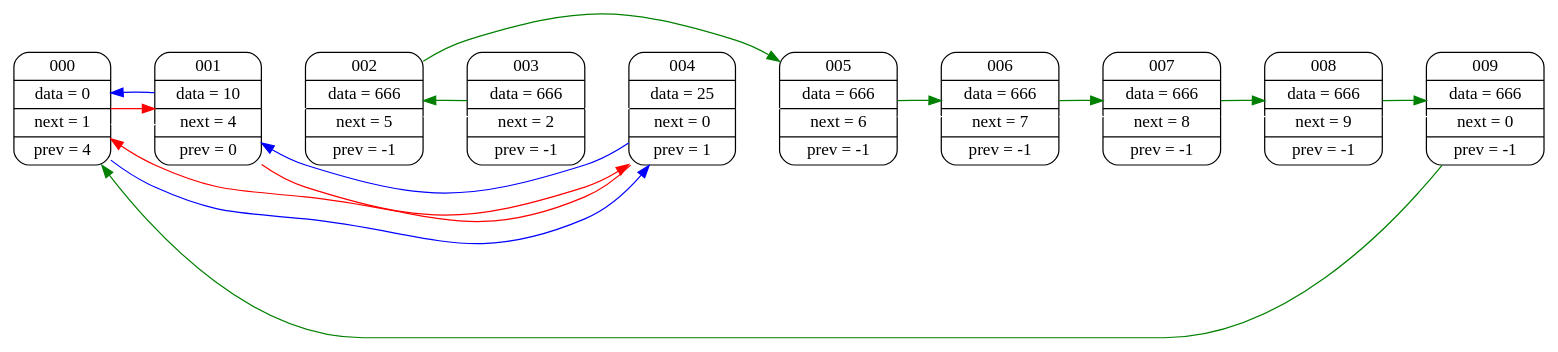
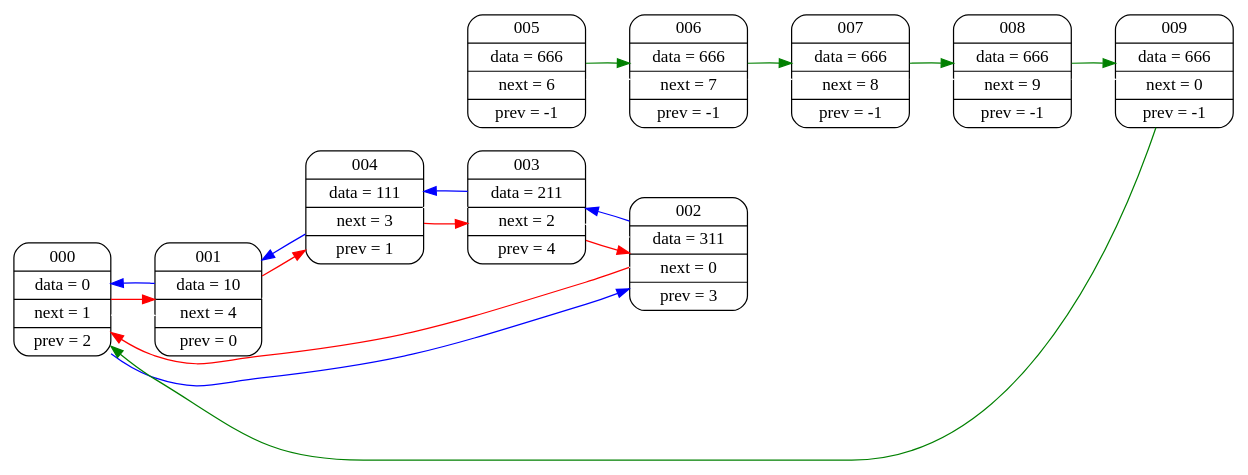
The diagram in graphviz/dump.dot (daniilgriga/List), drawn with Graphviz before and after one commit. The commit also changed 7 other files, not shown here.

```diff
--- a/graphviz/dump.dot
+++ b/graphviz/dump.dot
@@ -1,47 +1,49 @@
 digraph
 {
 rankdir = "LR";
-node000 [shape=Mrecord; label = "  000 | data =   0 | next =   1 | prev =   4  "];
+node000 [shape=Mrecord; label = "  000 | data =   0 | next =   1 | prev =   2  "];
 node001 [shape=Mrecord; label = "  001 | data =  10 | next =   4 | prev =   0  "];
-node002 [shape=Mrecord; label = "  002 | data = 666 | next =   5 | prev =  -1  "];
-node003 [shape=Mrecord; label = "  003 | data = 666 | next =   2 | prev =  -1  "];
-node004 [shape=Mrecord; label = "  004 | data =  25 | next =   0 | prev =   1  "];
+node002 [shape=Mrecord; label = "  002 | data = 311 | next =   0 | prev =   3  "];
+node003 [shape=Mrecord; label = "  003 | data = 211 | next =   2 | prev =   4  "];
+node004 [shape=Mrecord; label = "  004 | data = 111 | next =   3 | prev =   1  "];
 node005 [shape=Mrecord; label = "  005 | data = 666 | next =   6 | prev =  -1  "];
 node006 [shape=Mrecord; label = "  006 | data = 666 | next =   7 | prev =  -1  "];
 node007 [shape=Mrecord; label = "  007 | data = 666 | next =   8 | prev =  -1  "];
 node008 [shape=Mrecord; label = "  008 | data = 666 | next =   9 | prev =  -1  "];
 node009 [shape=Mrecord; label = "  009 | data = 666 | next =   0 | prev =  -1  "];
 
 node000 -> node001 [ weight=1000; color=white; ];
 node001 -> node002 [ weight=1000; color=white; ];
 node002 -> node003 [ weight=1000; color=white; ];
 node003 -> node004 [ weight=1000; color=white; ];
 node004 -> node005 [ weight=1000; color=white; ];
 node005 -> node006 [ weight=1000; color=white; ];
 node006 -> node007 [ weight=1000; color=white; ];
 node007 -> node008 [ weight=1000; color=white; ];
 node008 -> node009 [ weight=1000; color=white; ];
 node000 -> node001 [ color=red; ]
 
-node000 -> node004 [ color=blue; ]
+node000 -> node002 [ color=blue; ]
 node001 -> node004 [ color=red; ]
 
 node001 -> node000 [ color=blue; ]
-node002 -> node005 [ color=green; ]
+node002 -> node000 [ color=red; ]
 
-node003 -> node002 [ color=green; ]
+node002 -> node003 [ color=blue; ]
+node003 -> node002 [ color=red; ]
 
-node004 -> node000 [ color=red; ]
+node003 -> node004 [ color=blue; ]
+node004 -> node003 [ color=red; ]
 
 node004 -> node001 [ color=blue; ]
 node005 -> node006 [ color=green; ]
 
 node006 -> node007 [ color=green; ]
 
 node007 -> node008 [ color=green; ]
 
 node008 -> node009 [ color=green; ]
 
 node009 -> node000 [ color=green; ]
 
 }
```
